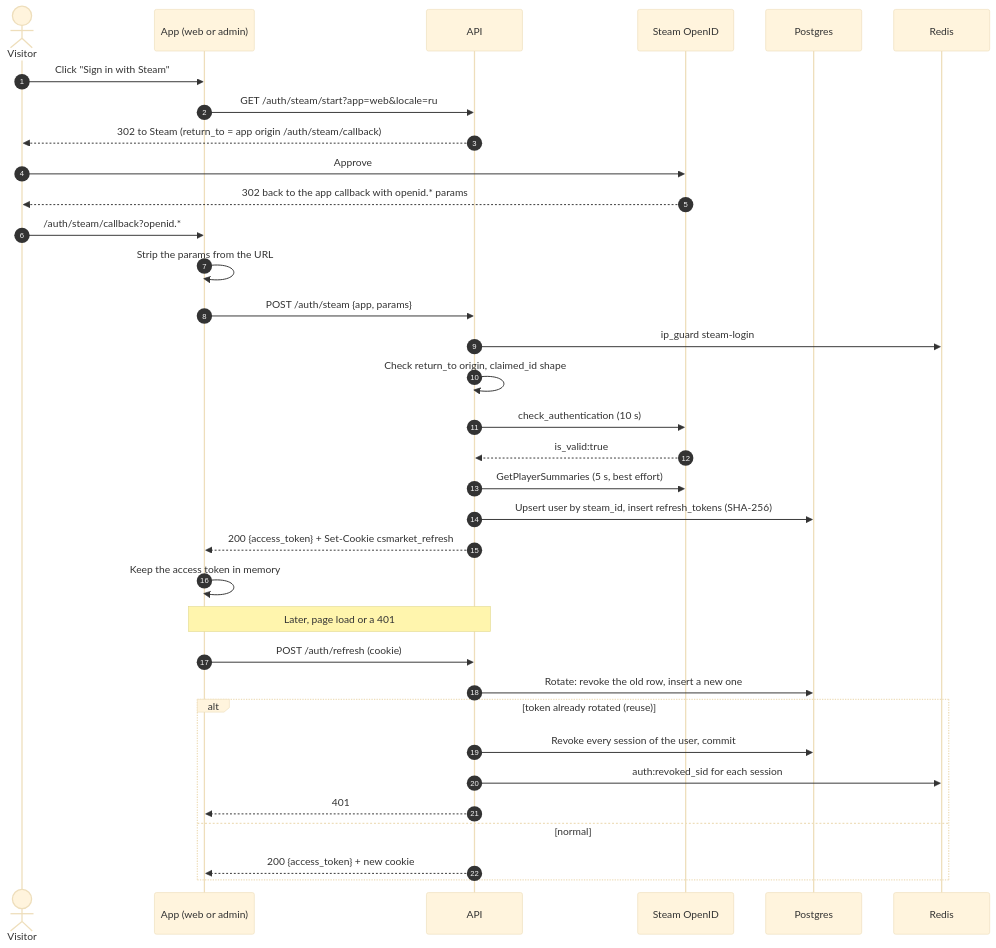
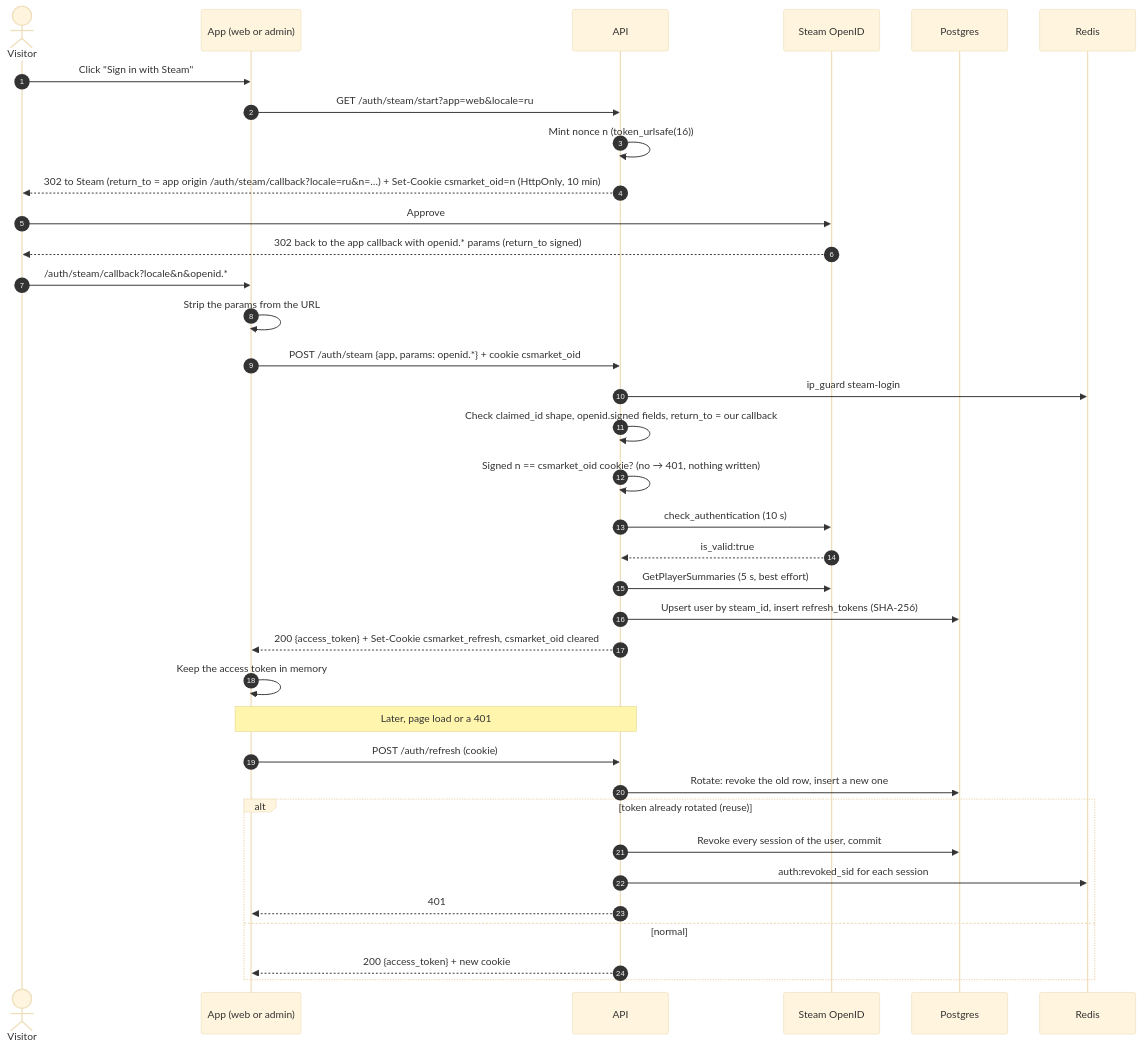
One commit to jamaomonov/csmarket changed the diagram in docs/product/flows/sign-in.md. Above: the diagram before and after it, drawn with Mermaid (base theme). The commit also changed other lines of this file and 8 other files, not shown here.

````diff
--- a/docs/product/flows/sign-in.md
+++ b/docs/product/flows/sign-in.md
@@ -20,38 +22,40 @@
 ```mermaid
 sequenceDiagram
     autonumber
     actor U as Visitor
     participant App as App (web or admin)
     participant API as API
     participant Steam as Steam OpenID
     participant DB as Postgres
     participant R as Redis
 
     U->>App: Click "Sign in with Steam"
     App->>API: GET /auth/steam/start?app=web&locale=ru
-    API-->>U: 302 to Steam (return_to = app origin /auth/steam/callback)
+    API->>API: Mint nonce n (token_urlsafe(16))
+    API-->>U: 302 to Steam (return_to = app origin /auth/steam/callback?locale=ru&n=…) + Set-Cookie csmarket_oid=n (HttpOnly, 10 min)
     U->>Steam: Approve
-    Steam-->>U: 302 back to the app callback with openid.* params
-    U->>App: /auth/steam/callback?openid.*
+    Steam-->>U: 302 back to the app callback with openid.* params (return_to signed)
+    U->>App: /auth/steam/callback?locale&n&openid.*
     App->>App: Strip the params from the URL
-    App->>API: POST /auth/steam {app, params}
+    App->>API: POST /auth/steam {app, params: openid.*} + cookie csmarket_oid
     API->>R: ip_guard steam-login
-    API->>API: Check return_to origin, claimed_id shape
+    API->>API: Check claimed_id shape, openid.signed fields, return_to = our callback
+    API->>API: Signed n == csmarket_oid cookie? (no → 401, nothing written)
     API->>Steam: check_authentication (10 s)
     Steam-->>API: is_valid:true
     API->>Steam: GetPlayerSummaries (5 s, best effort)
     API->>DB: Upsert user by steam_id, insert refresh_tokens (SHA-256)
-    API-->>App: 200 {access_token} + Set-Cookie csmarket_refresh
+    API-->>App: 200 {access_token} + Set-Cookie csmarket_refresh, csmarket_oid cleared
     App->>App: Keep the access token in memory
 
     Note over App,API: Later, page load or a 401
     App->>API: POST /auth/refresh (cookie)
     API->>DB: Rotate: revoke the old row, insert a new one
     alt token already rotated (reuse)
         API->>DB: Revoke every session of the user, commit
         API->>R: auth:revoked_sid for each session
         API-->>App: 401
     else normal
         API-->>App: 200 {access_token} + new cookie
     end
 ```
````
